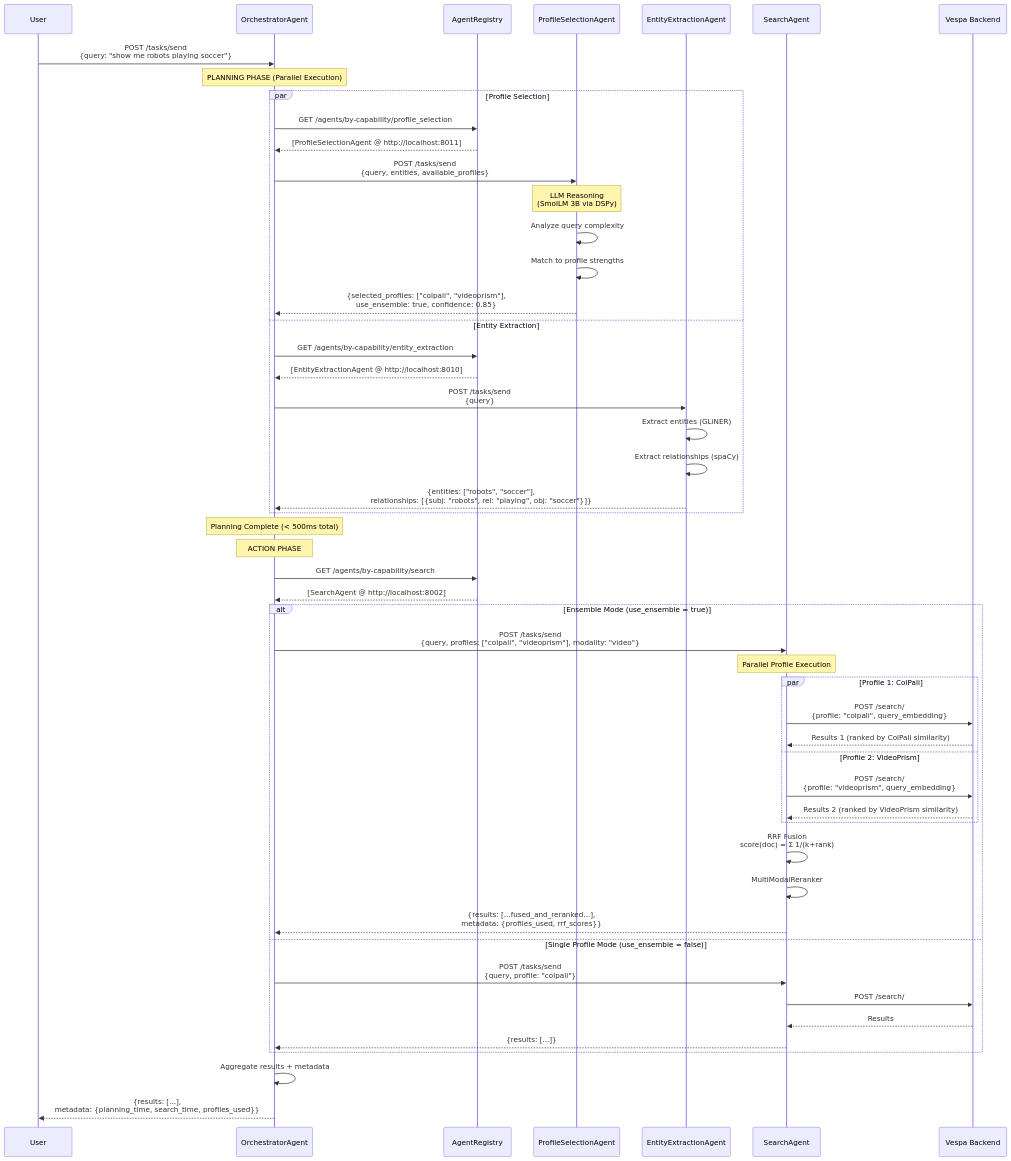
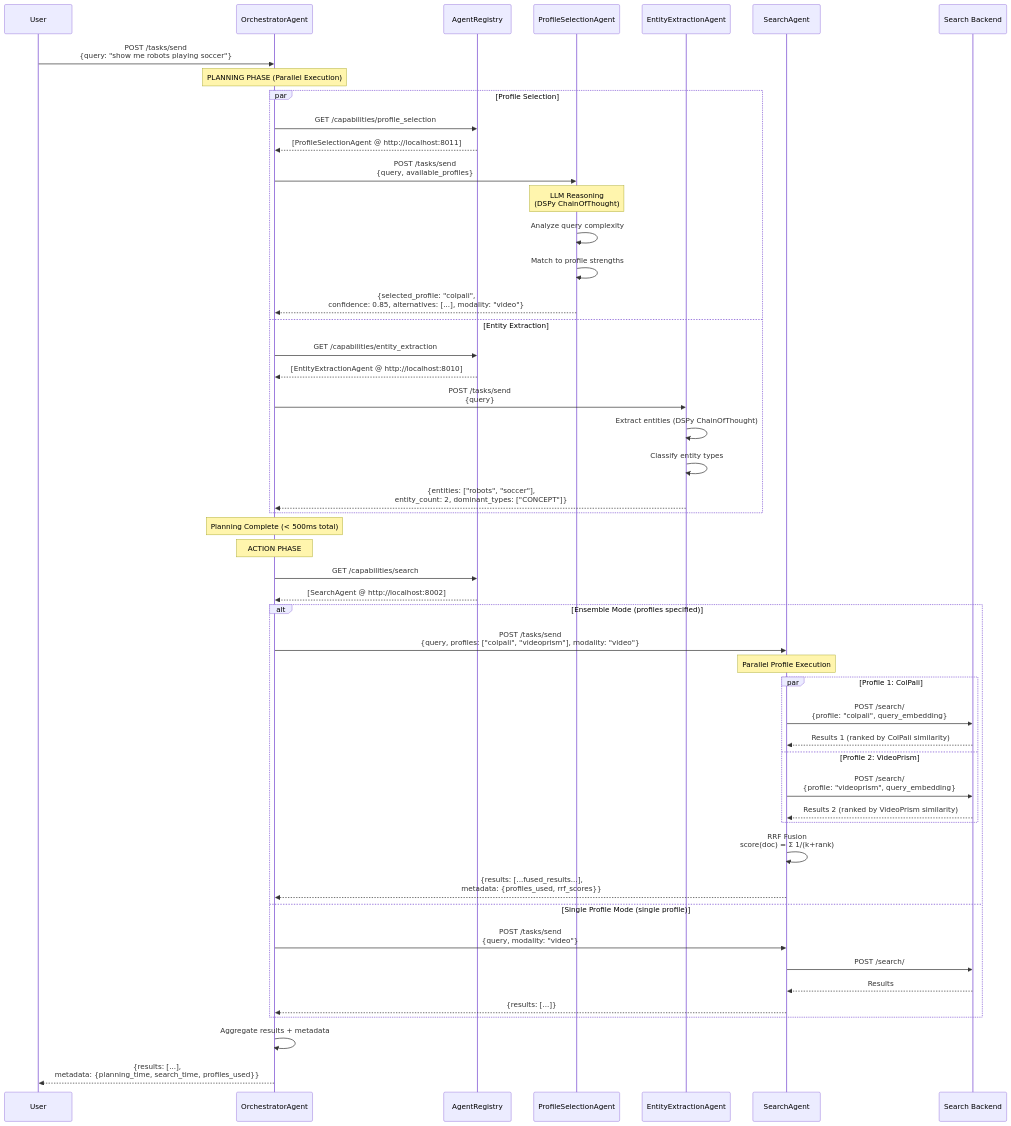
The second of 8 diagrams in docs/architecture/multi-agent-interactions.md (amit-jain/cogniverse), drawn with Mermaid before and after one commit. The commit also changed other lines of this file and 83 other files, not shown here.

First line of the commit message:
Fix documentation veracity, formatting, and diagrams across all modules

````diff
--- a/docs/architecture/multi-agent-interactions.md
+++ b/docs/architecture/multi-agent-interactions.md
@@ -104,65 +108,64 @@
 ```mermaid
 sequenceDiagram
     participant User
     participant Orch as OrchestratorAgent
     participant Registry as AgentRegistry
     participant Prof as ProfileSelectionAgent
     participant Entity as EntityExtractionAgent
     participant Search as SearchAgent
-    participant Vespa as Vespa Backend
+    participant Backend as Search Backend
 
     User->>Orch: POST /tasks/send<br/>{query: "show me robots playing soccer"}
 
     Note over Orch: PLANNING PHASE (Parallel Execution)
 
     par Profile Selection
-        Orch->>Registry: GET /agents/by-capability/profile_selection
+        Orch->>Registry: GET /capabilities/profile_selection
         Registry-->>Orch: [ProfileSelectionAgent @ http://localhost:8011]
 
-        Orch->>Prof: POST /tasks/send<br/>{query, entities, available_profiles}
-        Note over Prof: LLM Reasoning<br/>(SmolLM 3B via DSPy)
+        Orch->>Prof: POST /tasks/send<br/>{query, available_profiles}
+        Note over Prof: LLM Reasoning<br/>(DSPy ChainOfThought)
         Prof->>Prof: Analyze query complexity
         Prof->>Prof: Match to profile strengths
-        Prof-->>Orch: {selected_profiles: ["colpali", "videoprism"],<br/>use_ensemble: true, confidence: 0.85}
+        Prof-->>Orch: {selected_profile: "colpali",<br/>confidence: 0.85, alternatives: [...], modality: "video"}
     and Entity Extraction
-        Orch->>Registry: GET /agents/by-capability/entity_extraction
+        Orch->>Registry: GET /capabilities/entity_extraction
         Registry-->>Orch: [EntityExtractionAgent @ http://localhost:8010]
 
         Orch->>Entity: POST /tasks/send<br/>{query}
-        Entity->>Entity: Extract entities (GLiNER)
-        Entity->>Entity: Extract relationships (spaCy)
-        Entity-->>Orch: {entities: ["robots", "soccer"],<br/>relationships: [{subj: "robots", rel: "playing", obj: "soccer"}]}
+        Entity->>Entity: Extract entities (DSPy ChainOfThought)
+        Entity->>Entity: Classify entity types
+        Entity-->>Orch: {entities: ["robots", "soccer"],<br/>entity_count: 2, dominant_types: ["CONCEPT"]}
     end
 
     Note over Orch: Planning Complete (< 500ms total)
 
     Note over Orch: ACTION PHASE
 
-    Orch->>Registry: GET /agents/by-capability/search
+    Orch->>Registry: GET /capabilities/search
     Registry-->>Orch: [SearchAgent @ http://localhost:8002]
 
-    alt Ensemble Mode (use_ensemble = true)
+    alt Ensemble Mode (profiles specified)
         Orch->>Search: POST /tasks/send<br/>{query, profiles: ["colpali", "videoprism"], modality: "video"}
 
         Note over Search: Parallel Profile Execution
         par Profile 1: ColPali
-            Search->>Vespa: POST /search/<br/>{profile: "colpali", query_embedding}
-            Vespa-->>Search: Results 1 (ranked by ColPali similarity)
+            Search->>Backend: POST /search/<br/>{profile: "colpali", query_embedding}
+            Backend-->>Search: Results 1 (ranked by ColPali similarity)
         and Profile 2: VideoPrism
-            Search->>Vespa: POST /search/<br/>{profile: "videoprism", query_embedding}
-            Vespa-->>Search: Results 2 (ranked by VideoPrism similarity)
+            Search->>Backend: POST /search/<br/>{profile: "videoprism", query_embedding}
+            Backend-->>Search: Results 2 (ranked by VideoPrism similarity)
         end
 
         Search->>Search: RRF Fusion<br/>score(doc) = Σ 1/(k+rank)
-        Search->>Search: MultiModalReranker
-        Search-->>Orch: {results: [...fused_and_reranked...],<br/>metadata: {profiles_used, rrf_scores}}
-    else Single Profile Mode (use_ensemble = false)
-        Orch->>Search: POST /tasks/send<br/>{query, profile: "colpali"}
-        Search->>Vespa: POST /search/
-        Vespa-->>Search: Results
+        Search-->>Orch: {results: [...fused_results...],<br/>metadata: {profiles_used, rrf_scores}}
+    else Single Profile Mode (single profile)
+        Orch->>Search: POST /tasks/send<br/>{query, modality: "video"}
+        Search->>Backend: POST /search/
+        Backend-->>Search: Results
         Search-->>Orch: {results: [...]}
     end
 
     Orch->>Orch: Aggregate results + metadata
     Orch-->>User: {results: [...],<br/>metadata: {planning_time, search_time, profiles_used}}
 ```
````
